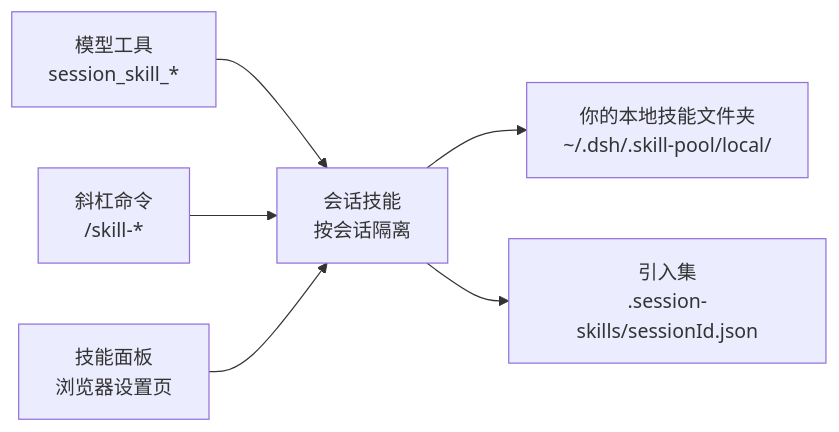
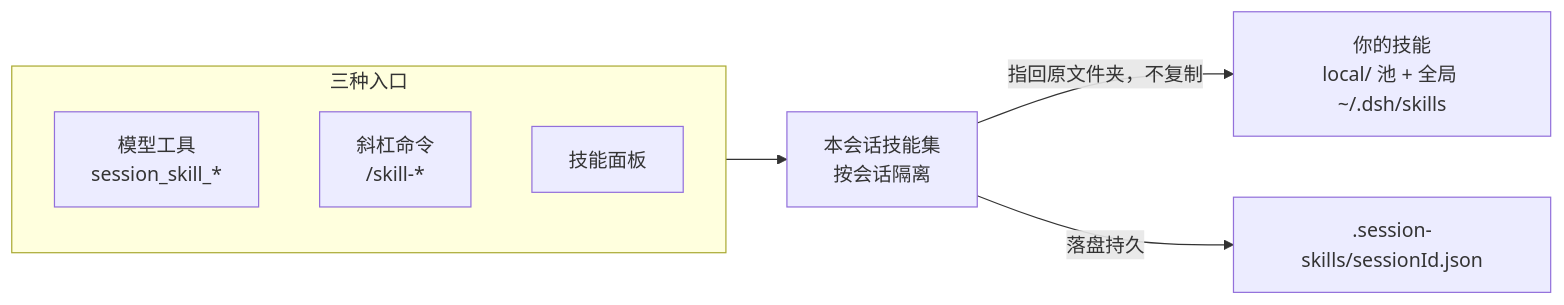
One commit to KuramiWan/dshp-plugin-panel changed the diagram in README.zh.md. Above: the diagram before and after it, drawn with Mermaid. The commit also changed other lines of this file and 2 other files, not shown here.

````diff
--- a/README.zh.md
+++ b/README.zh.md
@@ -94,8 +141,11 @@
 ```mermaid
 flowchart LR
-    Tools["模型工具<br/>session_skill_*"] --> Skills["会话技能<br/>按会话隔离"]
-    Cmds["斜杠命令<br/>/skill-*"] --> Skills
-    Panel["技能面板<br/>浏览器设置页"] --> Skills
-    Skills --> Folder["你的本地技能文件夹<br/>~/.dsh/.skill-pool/local/"]
-    Skills --> Set["引入集<br/>.session-skills/sessionId.json"]
+    subgraph Entrances["三种入口"]
+        Tools["模型工具<br/>session_skill_*"]
+        Cmds["斜杠命令<br/>/skill-*"]
+        Panel["技能面板"]
+    end
+    Entrances --> Session["本会话技能集<br/>按会话隔离"]
+    Session -->|"指回原文件夹，不复制"| Folders["你的技能<br/>local/ 池 + 全局 ~/.dsh/skills"]
+    Session -->|"落盘持久"| Persist[".session-skills/sessionId.json"]
 ```
````
